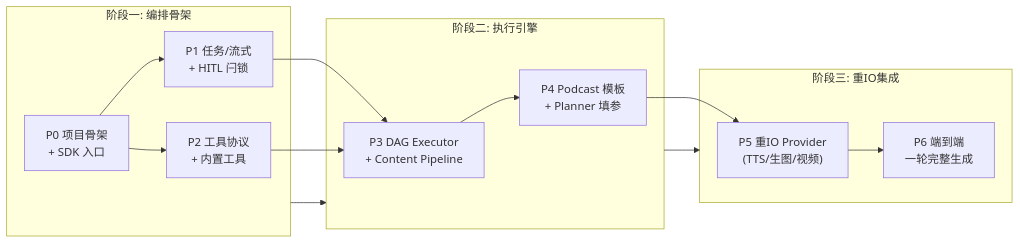
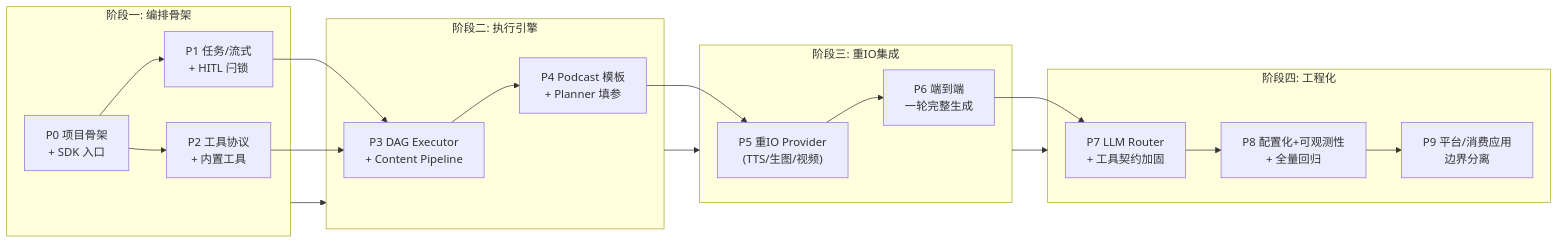
Before and after one commit to Grant-Huang/let-it-flow: the first of 2 diagrams in docs/09-milestones-and-todolist.md, drawn with Mermaid. The commit also changed other lines of this file and 121 other files, not shown here.

First line of the commit message:
Implement P7-P8: LLM router, config & observability, frontend apps

````diff
--- a/docs/09-milestones-and-todolist.md
+++ b/docs/09-milestones-and-todolist.md
@@ -35,17 +35,22 @@
 ```mermaid
 flowchart LR
     subgraph phase1 [阶段一: 编排骨架]
         P0["P0 项目骨架<br/>+ SDK 入口"] --> P1["P1 任务/流式<br/>+ HITL 闩锁"]
         P0 --> P2["P2 工具协议<br/>+ 内置工具"]
     end
     subgraph phase2 [阶段二: 执行引擎]
         P1 --> P3["P3 DAG Executor<br/>+ Content Pipeline"]
         P2 --> P3
         P3 --> P4["P4 Podcast 模板<br/>+ Planner 填参"]
     end
     subgraph phase3 [阶段三: 重IO集成]
         P4 --> P5["P5 重IO Provider<br/>(TTS/生图/视频)"]
         P5 --> P6["P6 端到端<br/>一轮完整生成"]
     end
-    phase1 --> phase2 --> phase3
+    subgraph phase4 [阶段四: 工程化]
+        P6 --> P7["P7 LLM Router<br/>+ 工具契约加固"]
+        P7 --> P8["P8 配置化+可观测性<br/>+ 全量回归"]
+        P8 --> P9["P9 平台/消费应用<br/>边界分离"]
+    end
+    phase1 --> phase2 --> phase3 --> phase4
 ```
````
